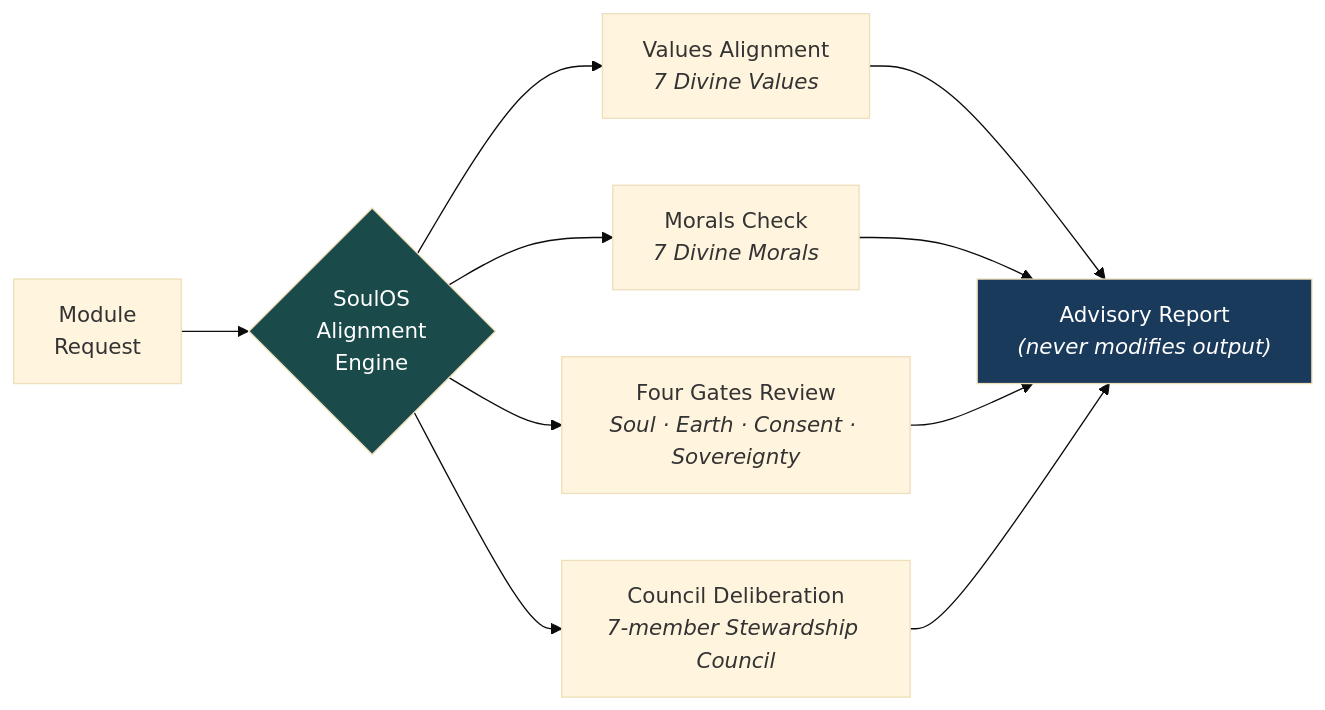
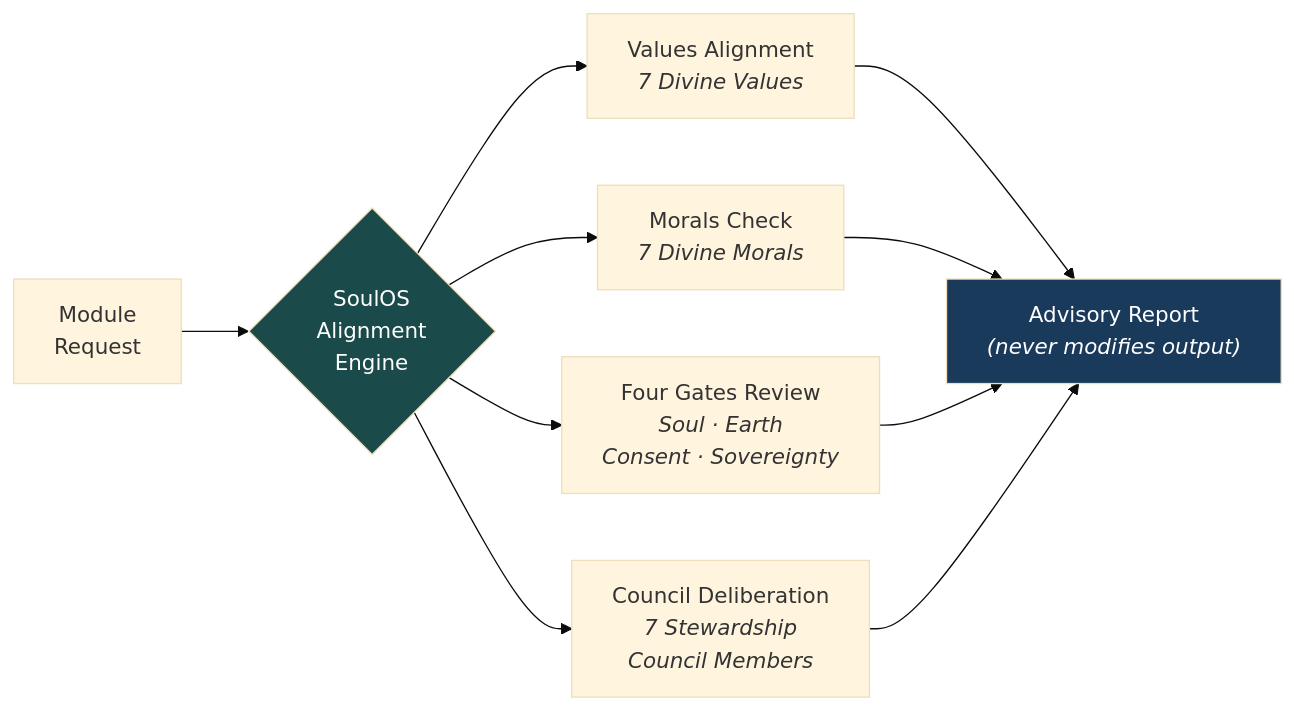
Before and after one commit to Light-Brands/qie: the tenth of 13 diagrams in docs/SYSTEM-ARCHITECTURE.md, drawn with Mermaid (base theme). The commit also changed other lines of this file and 4 other files, not shown here.

First line of the commit message:
Fix Mermaid diagram label truncation across all docs

````diff
--- a/docs/SYSTEM-ARCHITECTURE.md
+++ b/docs/SYSTEM-ARCHITECTURE.md
@@ -456,16 +456,16 @@
 ```mermaid
 flowchart LR
     REQ["Module<br/>Request"] --> SOS{"SoulOS<br/>Alignment<br/>Engine"}
     SOS --> VA["Values Alignment<br/><i>7 Divine Values</i>"]
     SOS --> MC["Morals Check<br/><i>7 Divine Morals</i>"]
-    SOS --> FG["Four Gates Review<br/><i>Soul · Earth · Consent · Sovereignty</i>"]
-    SOS --> CD["Council Deliberation<br/><i>7-member Stewardship Council</i>"]
+    SOS --> FG["Four Gates Review<br/><i>Soul · Earth<br/>Consent · Sovereignty</i>"]
+    SOS --> CD["Council Deliberation<br/><i>7 Stewardship<br/>Council Members</i>"]
 
     VA --> OUT["Advisory Report<br/><i>(never modifies output)</i>"]
     MC --> OUT
     FG --> OUT
     CD --> OUT
 
     style SOS fill:#1a4a4a,color:#fff
     style OUT fill:#1a3a5c,color:#fff
 ```
````
